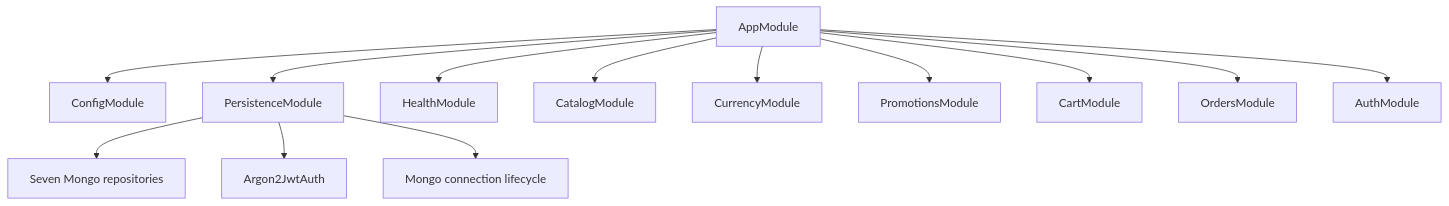
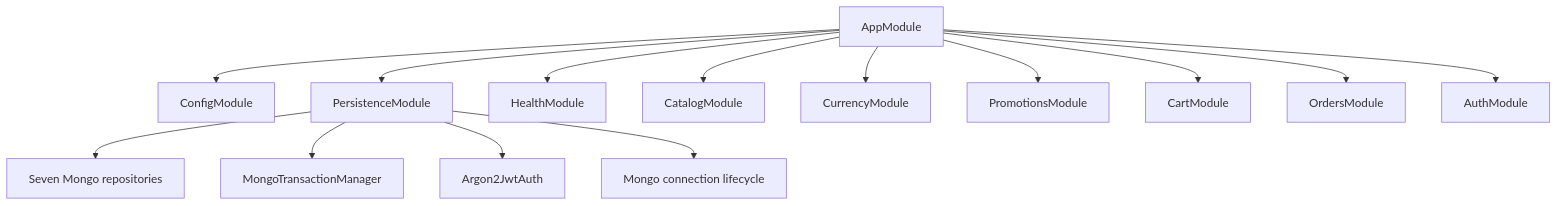
Before and after one commit to Kaizer-Systems/saha-textile: the first of 2 diagrams in docs/backend/composition-and-adapters.md, drawn with Mermaid. The commit also changed other lines of this file and 64 other files, not shown here.

````diff
--- a/docs/backend/composition-and-adapters.md
+++ b/docs/backend/composition-and-adapters.md
@@ -23,16 +23,17 @@
 ```mermaid
 flowchart TD
     App["AppModule"] --> Config["ConfigModule"]
     App --> Persistence["PersistenceModule"]
     App --> Health["HealthModule"]
     App --> Catalog["CatalogModule"]
     App --> Currency["CurrencyModule"]
     App --> Promotions["PromotionsModule"]
     App --> Cart["CartModule"]
     App --> Orders["OrdersModule"]
     App --> Auth["AuthModule"]
 
     Persistence --> MongoRepos["Seven Mongo repositories"]
+    Persistence --> Transaction["MongoTransactionManager"]
     Persistence --> AuthAdapter["Argon2JwtAuth"]
     Persistence --> MongoConnection["Mongo connection lifecycle"]
 ```
````
